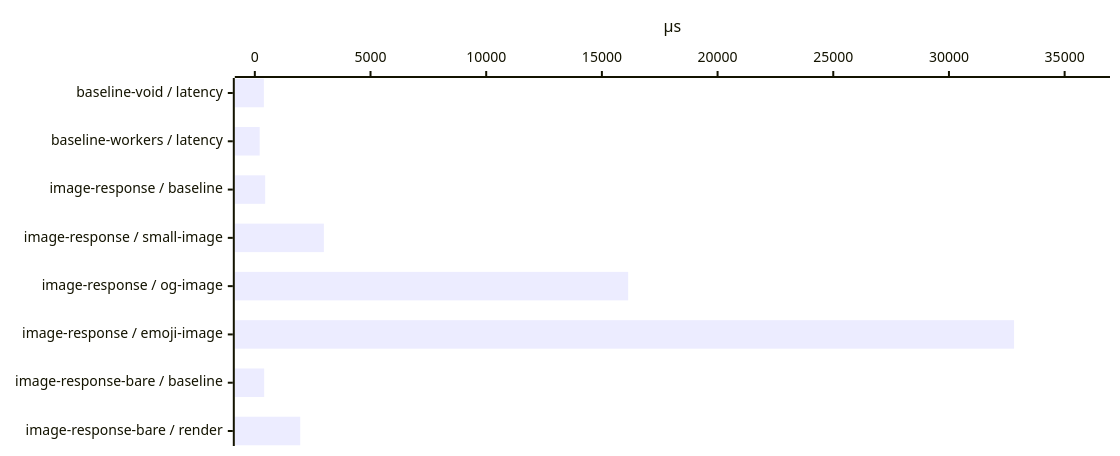
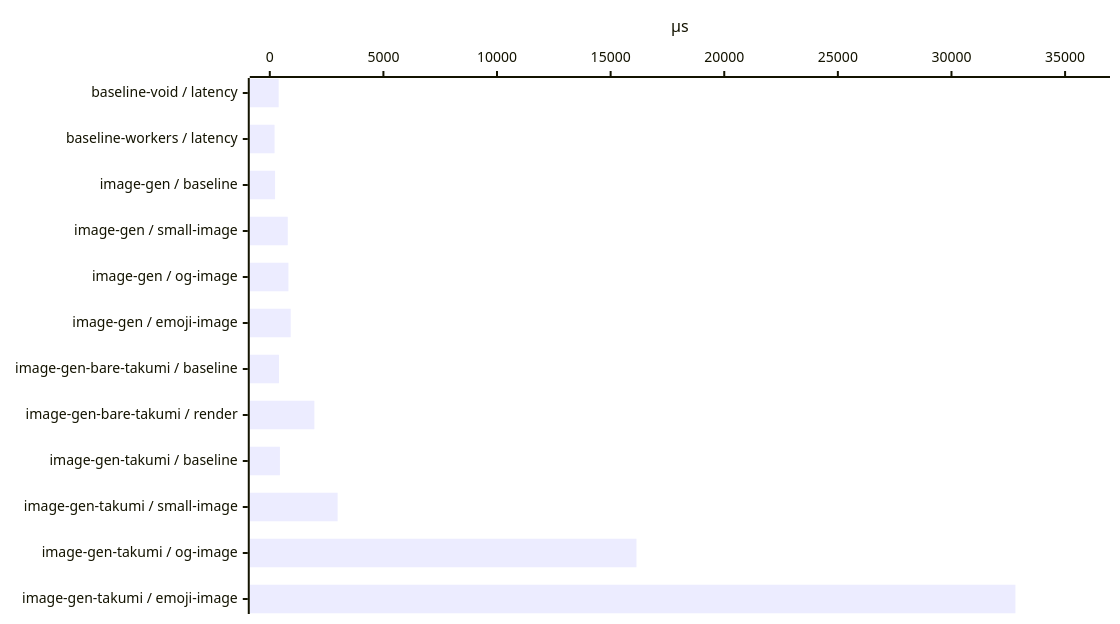
One commit to voidzero-dev/void changed diagram 14 of 25 in benchmark/report.md. Above: the diagram before and after it, drawn with Mermaid. The commit also changed other lines of this file and 41 other files, not shown here.

````diff
--- a/benchmark/report.md
+++ b/benchmark/report.md
@@ -296,12 +307,12 @@
 ```mermaid
 ---
 config:
   xyChart:
     width: 1100
-    height: 436
+    height: 604
 ---
 xychart-beta horizontal
-    x-axis ["baseline-void / latency", "baseline-workers / latency", "image-response / baseline", "image-response / small-image", "image-response / og-image", "image-response / emoji-image", "image-response-bare / baseline", "image-response-bare / render"]
+    x-axis ["baseline-void / latency", "baseline-workers / latency", "image-gen / baseline", "image-gen / small-image", "image-gen / og-image", "image-gen / emoji-image", "image-gen-bare-takumi / baseline", "image-gen-bare-takumi / render", "image-gen-takumi / baseline", "image-gen-takumi / small-image", "image-gen-takumi / og-image", "image-gen-takumi / emoji-image"]
     y-axis "µs" 0 --> 36095.4
-    bar [391, 210, 446, 2984, 16137, 32814, 404, 1961]
+    bar [391, 210, 233, 791, 819, 920, 404, 1961, 446, 2984, 16137, 32814]
 ```
````
